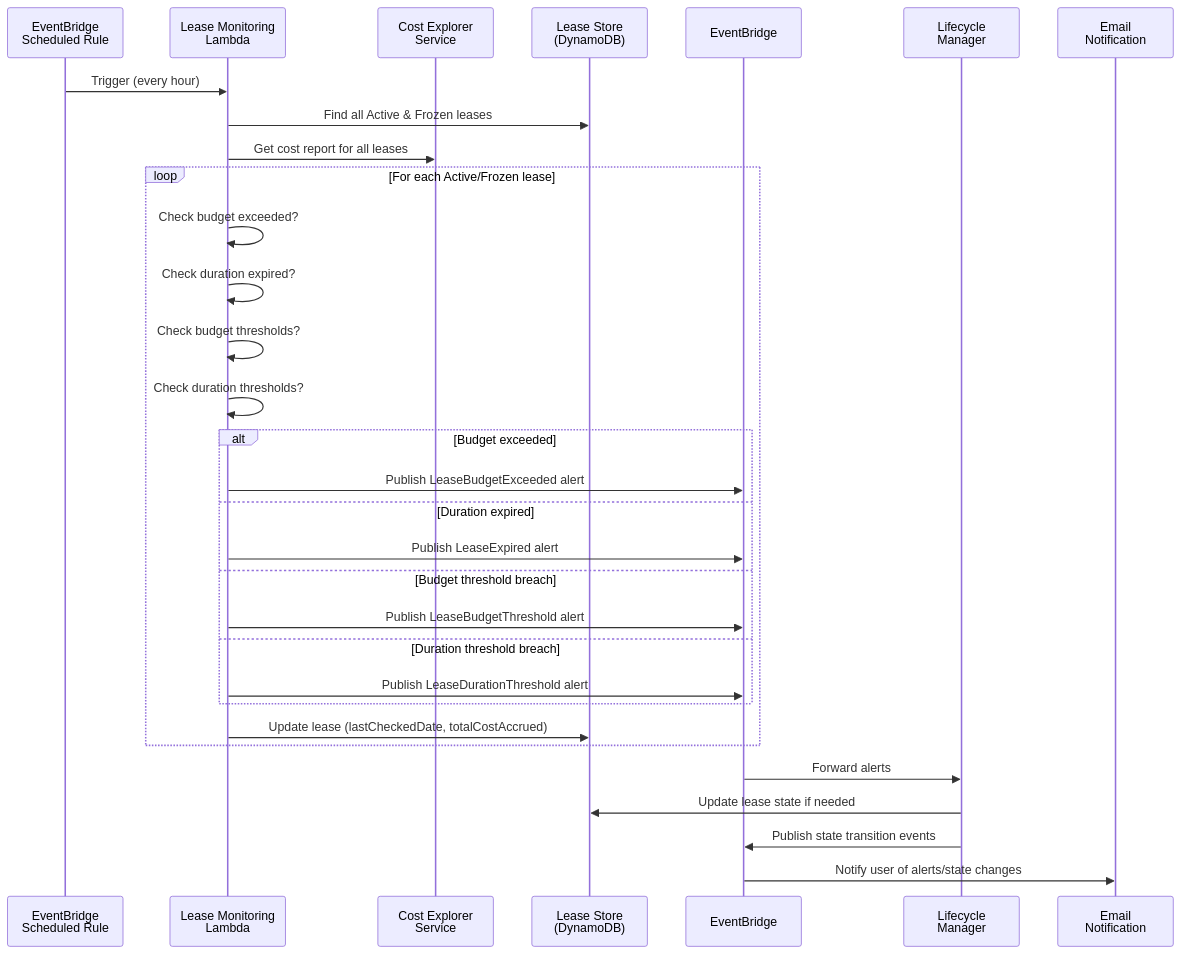
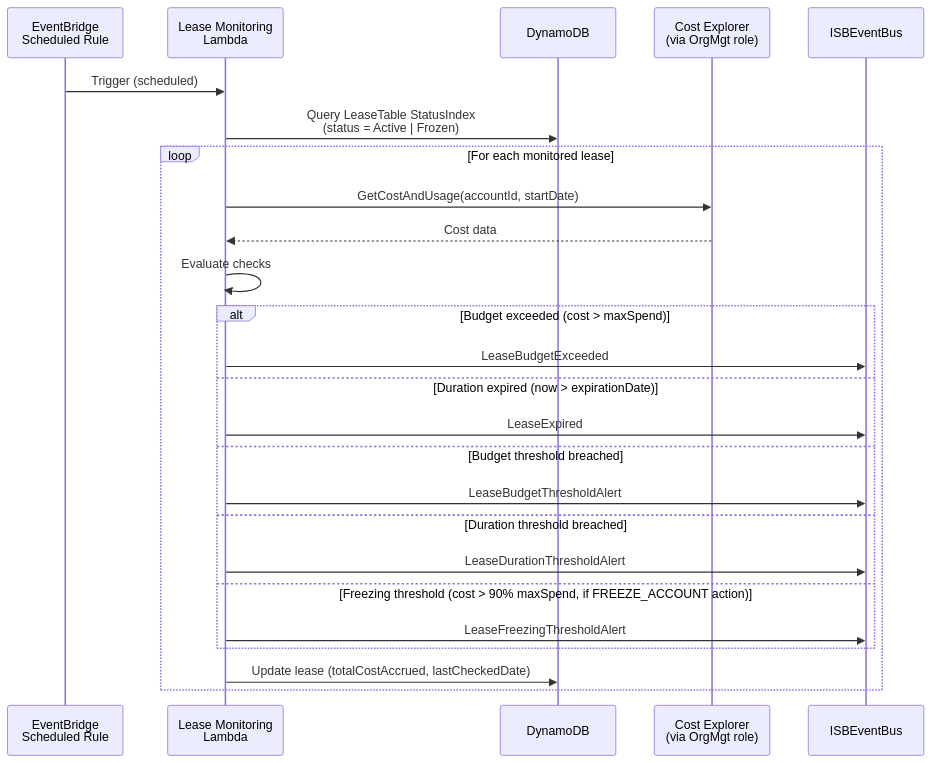
Before and after one commit to co-cddo/ndx-try-arch: the fourth of 8 diagrams in docs/11-lease-lifecycle.md, drawn with Mermaid. The commit also changed other lines of this file and 41 other files, not shown here.

First line of the commit message:
docs: update NDX architecture documentation (#9)

````diff
--- a/docs/11-lease-lifecycle.md
+++ b/docs/11-lease-lifecycle.md
@@ -365,40 +189,32 @@
 ```mermaid
 sequenceDiagram
-    participant EventBridgeRule as EventBridge<br/>Scheduled Rule
-    participant LeaseMonitoring as Lease Monitoring<br/>Lambda
-    participant CostExplorer as Cost Explorer<br/>Service
-    participant LeaseStore as Lease Store<br/>(DynamoDB)
-    participant EventBus as EventBridge
-    participant LifecycleManager as Lifecycle<br/>Manager
-    participant EmailNotif as Email<br/>Notification
+    participant EB as EventBridge<br/>Scheduled Rule
+    participant LM as Lease Monitoring<br/>Lambda
+    participant DDB as DynamoDB
+    participant CE as Cost Explorer<br/>(via OrgMgt role)
+    participant EventBus as ISBEventBus
 
-    EventBridgeRule->>LeaseMonitoring: Trigger (every hour)
-    
-    LeaseMonitoring->>LeaseStore: Find all Active & Frozen leases
-    LeaseMonitoring->>CostExplorer: Get cost report for all leases
-    
-    loop For each Active/Frozen lease
-        LeaseMonitoring->>LeaseMonitoring: Check budget exceeded?
-        LeaseMonitoring->>LeaseMonitoring: Check duration expired?
-        LeaseMonitoring->>LeaseMonitoring: Check budget thresholds?
-        LeaseMonitoring->>LeaseMonitoring: Check duration thresholds?
-        
-        alt Budget exceeded
-            LeaseMonitoring->>EventBus: Publish LeaseBudgetExceeded alert
-        else Duration expired
-            LeaseMonitoring->>EventBus: Publish LeaseExpired alert
-        else Budget threshold breach
-            LeaseMonitoring->>EventBus: Publish LeaseBudgetThreshold alert
-        else Duration threshold breach
-            LeaseMonitoring->>EventBus: Publish LeaseDurationThreshold alert
+    EB->>LM: Trigger (scheduled)
+    LM->>DDB: Query LeaseTable StatusIndex<br/>(status = Active | Frozen)
+
+    loop For each monitored lease
+        LM->>CE: GetCostAndUsage(accountId, startDate)
+        CE-->>LM: Cost data
+
+        LM->>LM: Evaluate checks
+
+        alt Budget exceeded (cost > maxSpend)
+            LM->>EventBus: LeaseBudgetExceeded
+        else Duration expired (now > expirationDate)
+            LM->>EventBus: LeaseExpired
+        else Budget threshold breached
+            LM->>EventBus: LeaseBudgetThresholdAlert
+        else Duration threshold breached
+            LM->>EventBus: LeaseDurationThresholdAlert
+        else Freezing threshold (cost > 90% maxSpend, if FREEZE_ACCOUNT action)
+            LM->>EventBus: LeaseFreezingThresholdAlert
         end
-        
-        LeaseMonitoring->>LeaseStore: Update lease (lastCheckedDate, totalCostAccrued)
+
+        LM->>DDB: Update lease (totalCostAccrued, lastCheckedDate)
     end
-
-    EventBus->>LifecycleManager: Forward alerts
-    LifecycleManager->>LeaseStore: Update lease state if needed
-    LifecycleManager->>EventBus: Publish state transition events
-    
-    EventBus->>EmailNotif: Notify user of alerts/state changes
 ```
````
